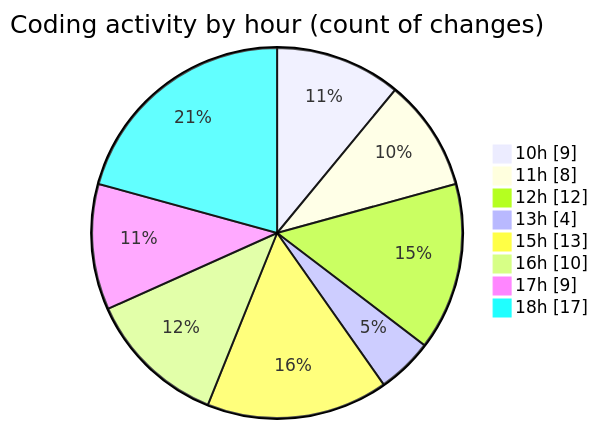
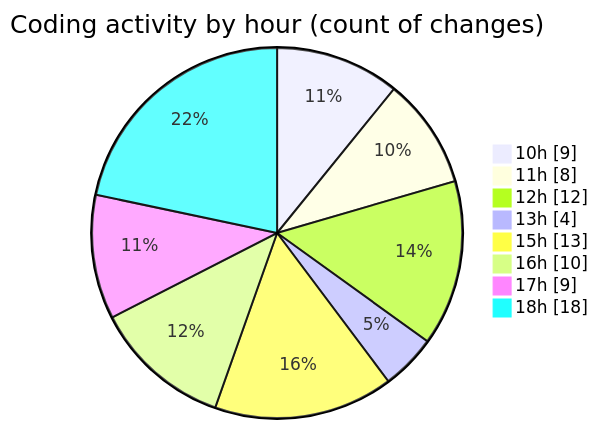
One commit to nxtqubesakshisongat/code-tracking changed the second of 2 diagrams in 2026-04-16/airfeed-analytics-dashboard/README.md. Above: the diagram before and after it, drawn with Mermaid. The commit also changed other lines of this file and 1 other file, not shown here.

````diff
--- a/2026-04-16/airfeed-analytics-dashboard/README.md
+++ b/2026-04-16/airfeed-analytics-dashboard/README.md
@@ -43,12 +43,12 @@
 ```mermaid
 pie showData
 title Coding activity by hour (count of changes)
 "10h" : 9
 "11h" : 8
 "12h" : 12
 "13h" : 4
 "15h" : 13
 "16h" : 10
 "17h" : 9
-"18h" : 17
+"18h" : 18
 ```
````
